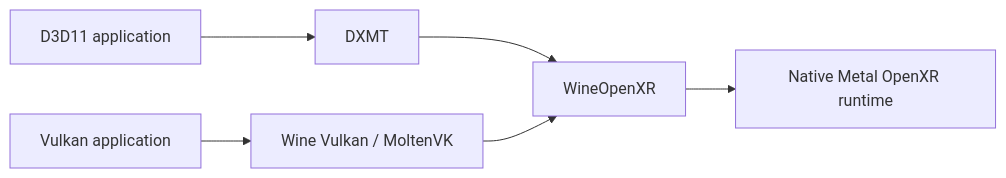
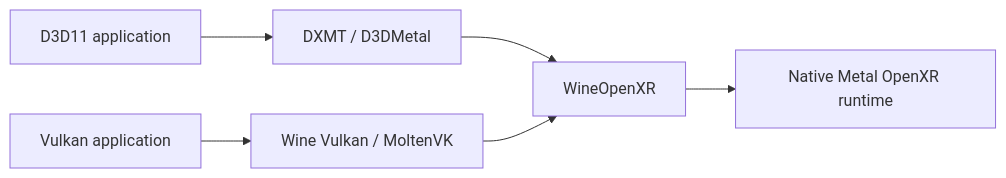
One commit to flukejones/wineopenxr changed the diagram in README.md. Above: the diagram before and after it, drawn with Mermaid. The commit also changed other lines of this file and 10 other files, not shown here.

````diff
--- a/README.md
+++ b/README.md
@@ -6,8 +6,8 @@
 ```mermaid
 flowchart LR
-    D[D3D11 application] --> DX[DXMT]
+    D[D3D11 application] --> DX[DXMT / D3DMetal]
     V[Vulkan application] --> WV[Wine Vulkan / MoltenVK]
     DX --> B[WineOpenXR]
     WV --> B
     B --> M[Native Metal OpenXR runtime]
 ```
````
